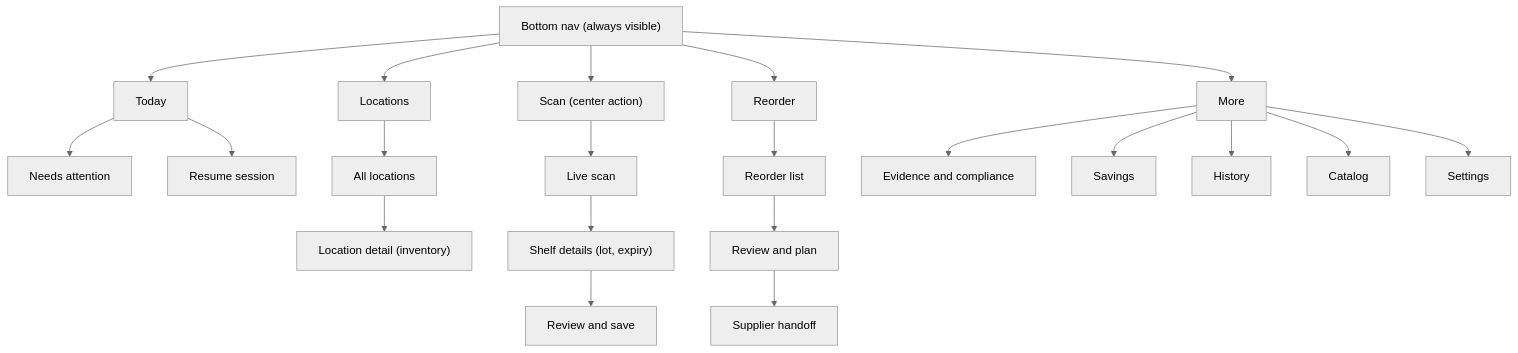
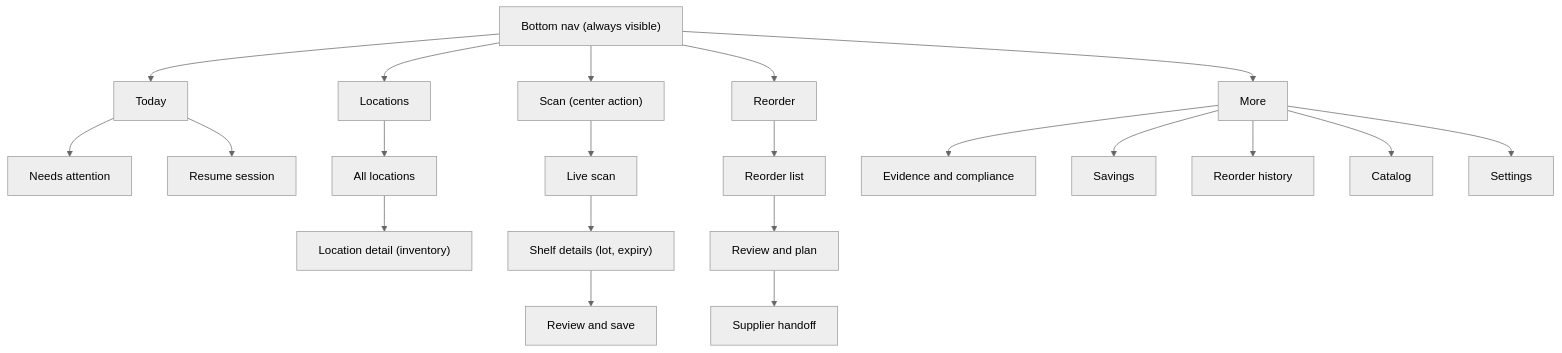
Before and after one commit to tracedds/tracedds: the diagram in diagrams/mobile-ia.mmd, drawn with Mermaid (neutral theme). The commit also changed 7 other files, not shown here.

Commit message:
Rename history UI to reorder history (#377)

```diff
--- a/diagrams/mobile-ia.mmd
+++ b/diagrams/mobile-ia.mmd
@@ -1,28 +1,28 @@
 graph TD
   NAV["Bottom nav (always visible)"]
 
   NAV --> TODAY["Today"]
   NAV --> LOC["Locations"]
   NAV --> SCAN["Scan (center action)"]
   NAV --> REORDER["Reorder"]
   NAV --> MORE["More"]
 
   TODAY --> NA["Needs attention"]
   TODAY --> RESUME["Resume session"]
 
   LOC --> LOCBOARD["All locations"]
   LOCBOARD --> LOCDETAIL["Location detail (inventory)"]
 
   SCAN --> LIVE["Live scan"]
   LIVE --> SHELF["Shelf details (lot, expiry)"]
   SHELF --> SREVIEW["Review and save"]
 
   REORDER --> RLIST["Reorder list"]
   RLIST --> PLAN["Review and plan"]
   PLAN --> HANDOFF["Supplier handoff"]
 
   MORE --> EVID["Evidence and compliance"]
   MORE --> SAV["Savings"]
-  MORE --> HIST["History"]
+  MORE --> HIST["Reorder history"]
   MORE --> CAT["Catalog"]
   MORE --> SET["Settings"]
```
